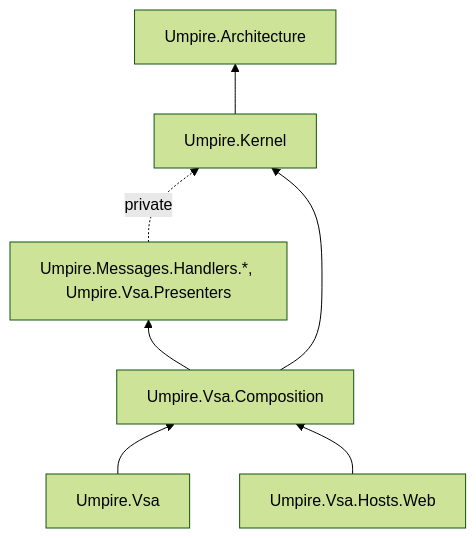
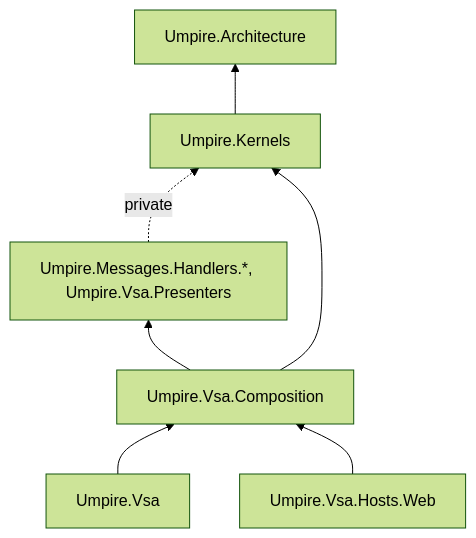
One commit to MgCohen/vsa-template changed the diagram in docs/composition.md. Above: the diagram before and after it, drawn with Mermaid (forest theme). The commit also changed other lines of this file and 142 other files, not shown here.

First line of the commit message:
Rename Umpire.Kernel to Umpire.Kernels

````diff
--- a/docs/composition.md
+++ b/docs/composition.md
@@ -315,9 +315,9 @@
 ```mermaid
 flowchart BT
-    Kernel["Umpire.Kernel"] --> Definition["Umpire.Architecture"]
+    Kernel["Umpire.Kernels"] --> Definition["Umpire.Architecture"]
     Layers["Umpire.Messages.Handlers.*, Umpire.Vsa.Presenters"] -. private .-> Kernel
     Composition["Umpire.Vsa.Composition"] --> Kernel
     Composition --> Layers
     VsaDefinition["Umpire.Vsa"] --> Composition
     Host["Umpire.Vsa.Hosts.Web"] --> Composition
 ```
````
